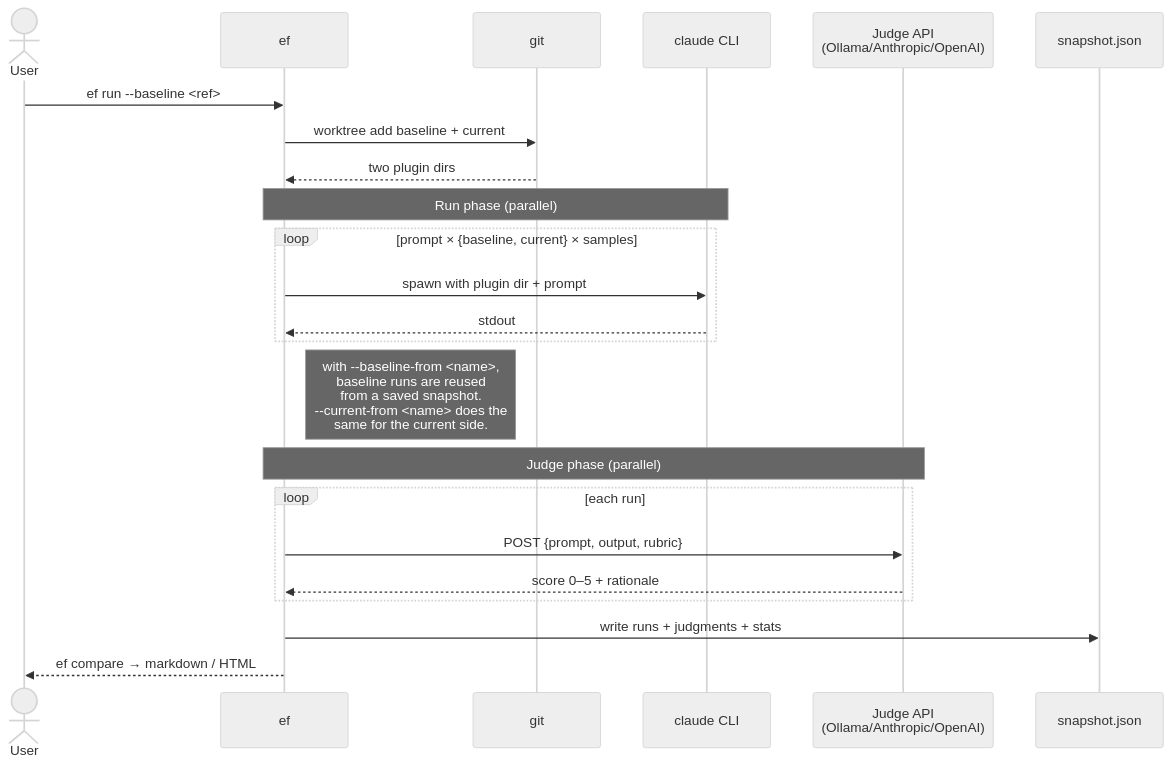
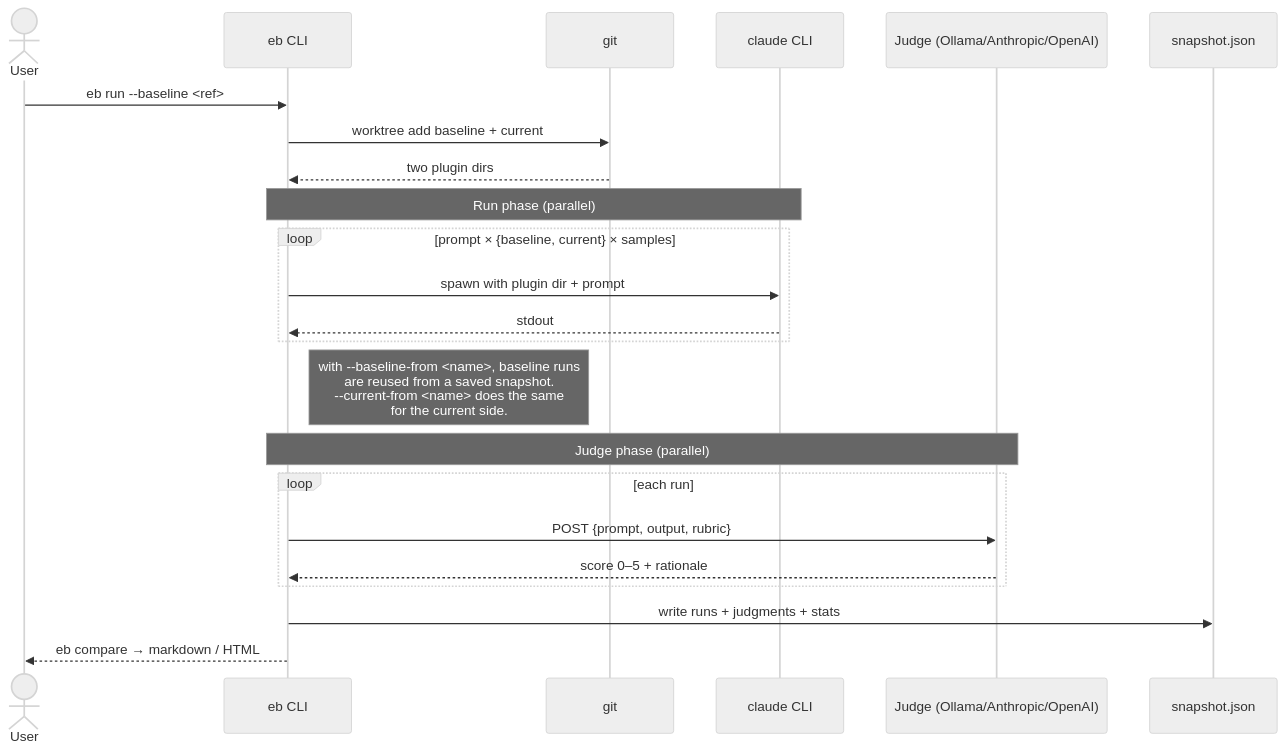
Before and after one commit to derberg/eval-bench: the first of 4 diagrams in README.md, drawn with Mermaid (neutral theme). The commit also changed other lines of this file, not shown here.

Commit message:
fix: correct mermaid diagrams in README — rename ef→eb, remove br tags from participant labels

````diff
--- a/README.md
+++ b/README.md
@@ -9,29 +9,29 @@
 ```mermaid
 sequenceDiagram
     actor User
-    participant ef
+    participant eb as eb CLI
     participant git
     participant claude as claude CLI
-    participant judge as Judge API<br/>(Ollama/Anthropic/OpenAI)
+    participant judge as Judge (Ollama/Anthropic/OpenAI)
     participant snap as snapshot.json
 
-    User->>ef: ef run --baseline <ref>
-    ef->>git: worktree add baseline + current
-    git-->>ef: two plugin dirs
+    User->>eb: eb run --baseline <ref>
+    eb->>git: worktree add baseline + current
+    git-->>eb: two plugin dirs
 
-    Note over ef,claude: Run phase (parallel)
+    Note over eb,claude: Run phase (parallel)
     loop prompt × {baseline, current} × samples
-        ef->>claude: spawn with plugin dir + prompt
-        claude-->>ef: stdout
+        eb->>claude: spawn with plugin dir + prompt
+        claude-->>eb: stdout
     end
-    Note right of ef: with --baseline-from <name>,<br/>baseline runs are reused<br/>from a saved snapshot.<br/>--current-from <name> does the<br/>same for the current side.
+    Note right of eb: with --baseline-from <name>, baseline runs<br/>are reused from a saved snapshot.<br/>--current-from <name> does the same<br/>for the current side.
 
-    Note over ef,judge: Judge phase (parallel)
+    Note over eb,judge: Judge phase (parallel)
     loop each run
-        ef->>judge: POST {prompt, output, rubric}
-        judge-->>ef: score 0–5 + rationale
+        eb->>judge: POST {prompt, output, rubric}
+        judge-->>eb: score 0–5 + rationale
     end
 
-    ef->>snap: write runs + judgments + stats
-    ef-->>User: ef compare → markdown / HTML
+    eb->>snap: write runs + judgments + stats
+    eb-->>User: eb compare → markdown / HTML
 ```
````
